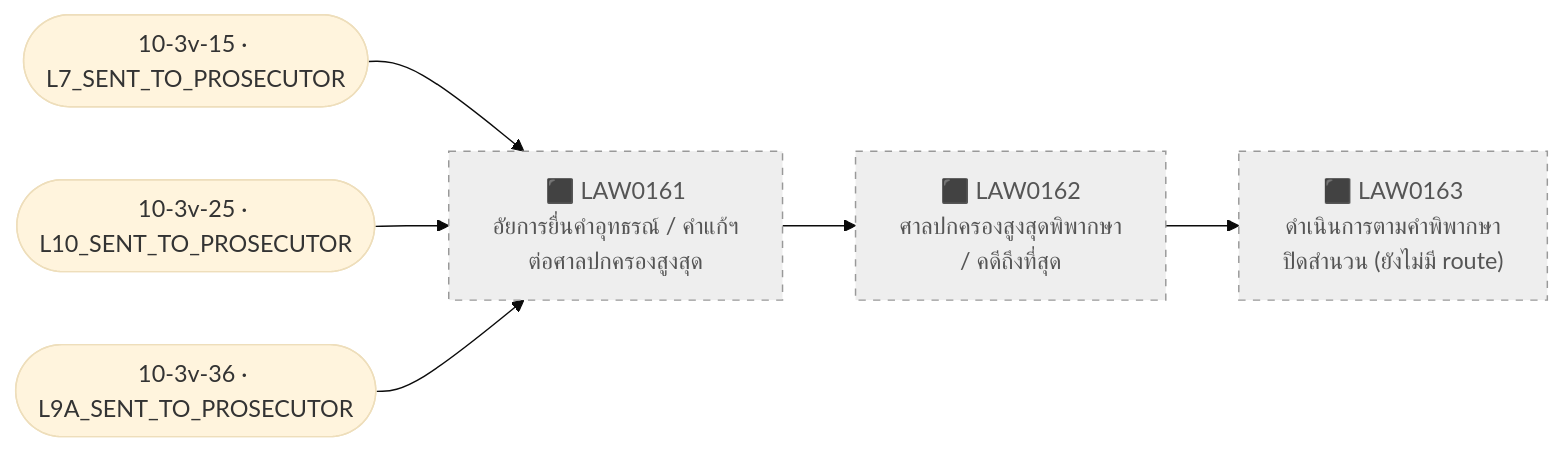
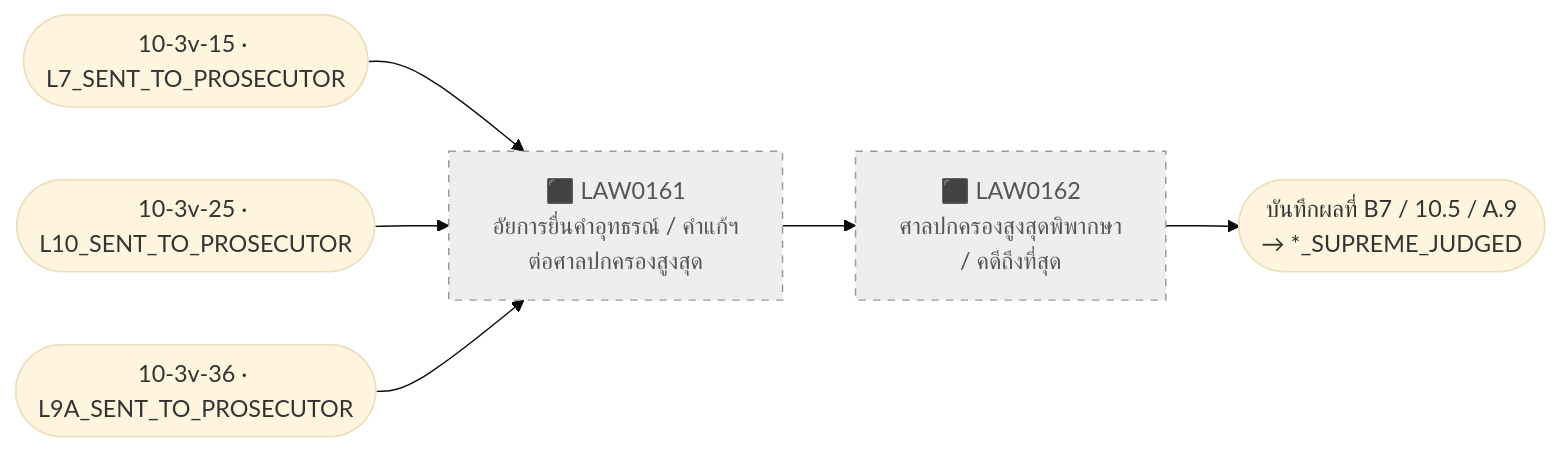
Before and after one commit to varitthon/E-CMIS-A4: diagram 13 of 13 in docs/activity10-flow-10.3.md, drawn with Mermaid (base theme). The commit also changed other lines of this file and 181 other files, not shown here.

First line of the commit message:
feat: ปรับ flow หลังประชุมคณะกรรมการ 14/10 — ตัดขั้นตอนมอบหมาย ผอ.กฎหมาย + เพิ่มระบบคำพิพากษา

````diff
--- a/docs/activity10-flow-10.3.md
+++ b/docs/activity10-flow-10.3.md
@@ -348,8 +367,8 @@
 ```mermaid
 flowchart LR
   I7(["10-3v-15 · L7_SENT_TO_PROSECUTOR"]) --> X61
   I10(["10-3v-25 · L10_SENT_TO_PROSECUTOR"]) --> X61
   IA(["10-3v-36 · L9A_SENT_TO_PROSECUTOR"]) --> X61
-  X61["⬛ LAW0161<br/>อัยการยื่นคำอุทธรณ์ / คำแก้ฯ<br/>ต่อศาลปกครองสูงสุด"]:::ext --> X62["⬛ LAW0162<br/>ศาลปกครองสูงสุดพิพากษา<br/>/ คดีถึงที่สุด"]:::ext --> X63["⬛ LAW0163<br/>ดำเนินการตามคำพิพากษา<br/>ปิดสำนวน (ยังไม่มี route)"]:::ext
+  X61["⬛ LAW0161<br/>อัยการยื่นคำอุทธรณ์ / คำแก้ฯ<br/>ต่อศาลปกครองสูงสุด"]:::ext --> X62["⬛ LAW0162<br/>ศาลปกครองสูงสุดพิพากษา<br/>/ คดีถึงที่สุด"]:::ext --> R(["บันทึกผลที่ B7 / 10.5 / A.9<br/>→ *_SUPREME_JUDGED"])
   classDef ext fill:#eeeeee,stroke:#999999,stroke-dasharray:5 5,color:#555555
 ```
````
